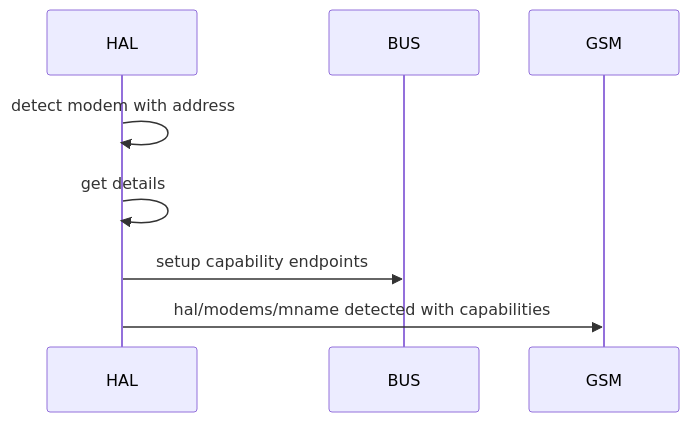
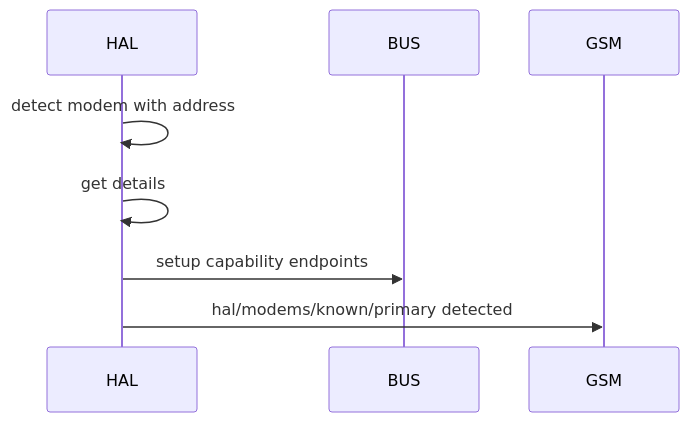
The first of 2 diagrams in sprint-docs/hal.md (jangala-dev/devicecode-lua), drawn with Mermaid before and after one commit. The commit also changed other lines of this file, not shown here.

Commit message:
sequence diagram of capabilities

````diff
--- a/sprint-docs/hal.md
+++ b/sprint-docs/hal.md
@@ -47,8 +47,8 @@
 ```mermaid
 sequenceDiagram
     HAL->>HAL: detect modem with address
     HAL->>HAL: get details
     HAL->>BUS: setup capability endpoints
-    HAL->>GSM: hal/modems/mname detected with capabilities
+    HAL->>GSM: hal/modems/known/primary detected
 
 ```
````
